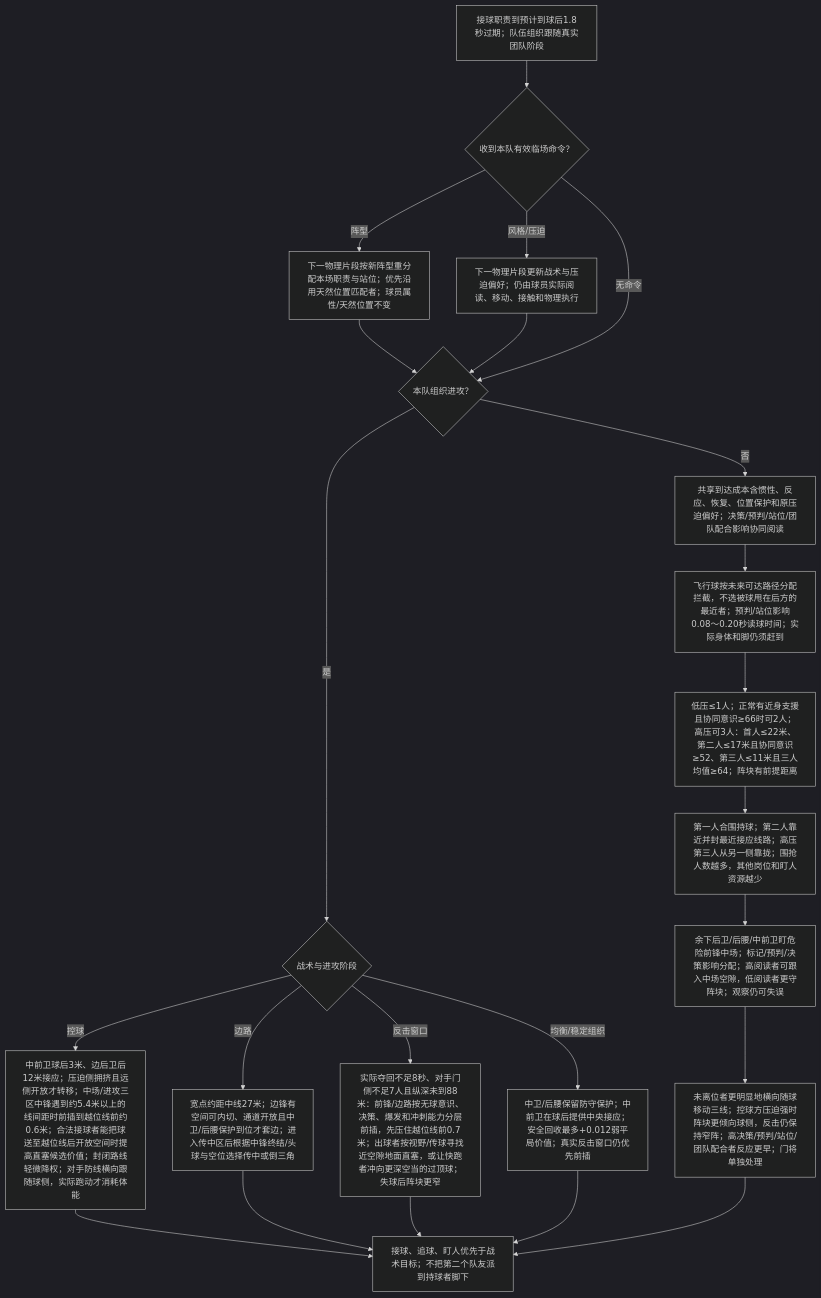
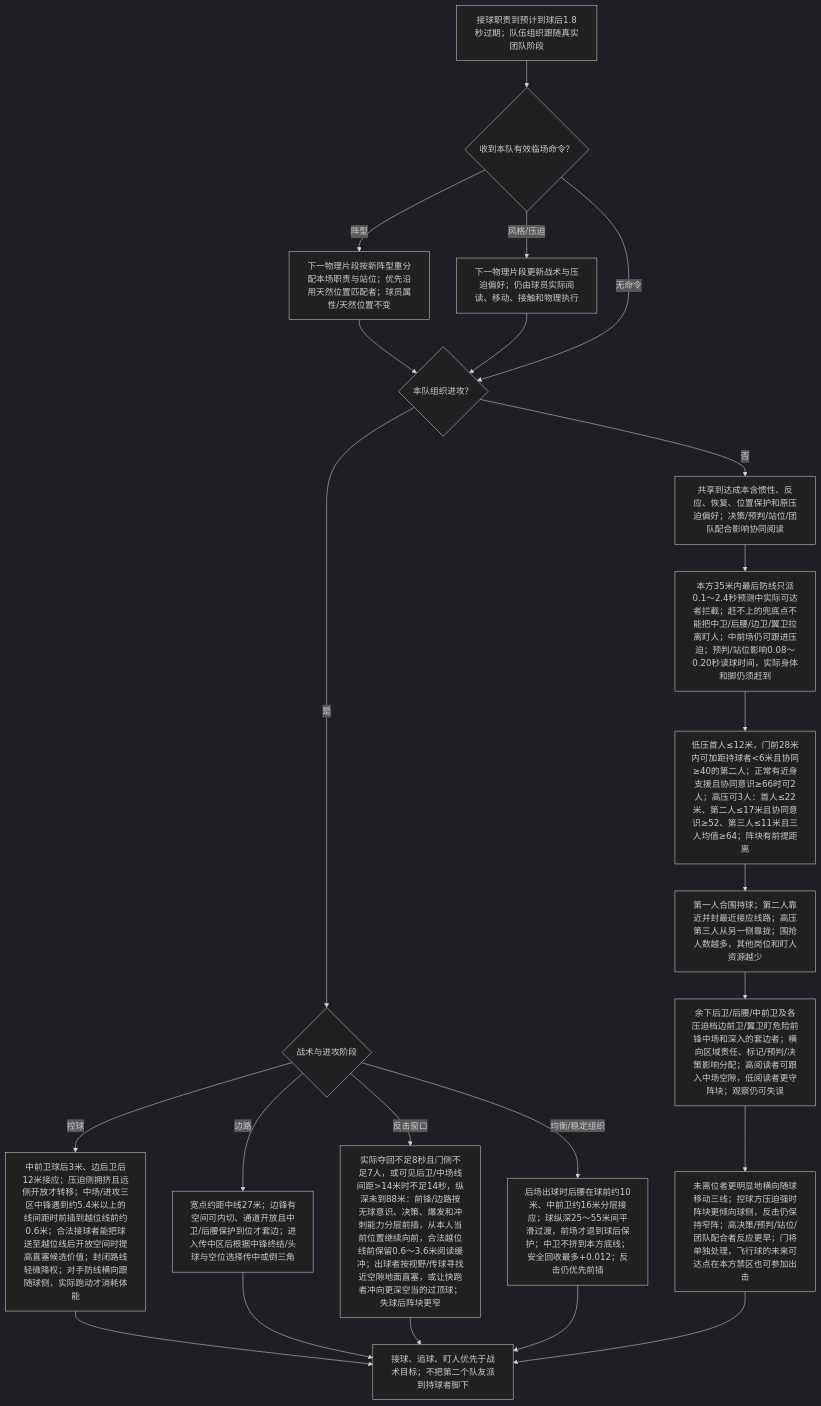
The second of 7 diagrams in packages/shared/modules/matches/design/PLAYER_DECISION_MAP.md (sixu3575/touchline-manager), drawn with Mermaid (dark theme) before and after one commit. The commit also changed other lines of this file and 59 other files, not shown here.

````diff
--- a/packages/shared/modules/matches/design/PLAYER_DECISION_MAP.md
+++ b/packages/shared/modules/matches/design/PLAYER_DECISION_MAP.md
@@ -49,25 +49,25 @@
 ```mermaid
 flowchart TD
   R0["接球职责到预计到球后1.8秒过期；队伍组织跟随真实团队阶段"] --> RMC{"收到本队有效临场命令？"}
   RMC -->|阵型| RMF["下一物理片段按新阵型重分配本场职责与站位；优先沿用天然位置匹配者；球员属性/天然位置不变"]
   RMF --> R1
   RMC -->|风格/压迫| RMT["下一物理片段更新战术与压迫偏好；仍由球员实际阅读、移动、接触和物理执行"]
   RMT --> R1
   RMC -->|无命令| R1{"本队组织进攻？"}
   R1 -->|否| R2["共享到达成本含惯性、反应、恢复、位置保护和原压迫偏好；决策/预判/站位/团队配合影响协同阅读"]
-  R2 --> RF["飞行球按未来可达路径分配拦截，不选被球甩在后方的最近者；预判/站位影响0.08～0.20秒读球时间；实际身体和脚仍须赶到"]
-  RF --> R3["低压≤1人；正常有近身支援且协同意识≥66时可2人；高压可3人：首人≤22米、第二人≤17米且协同意识≥52、第三人≤11米且三人均值≥64；阵块有前提距离"]
+  R2 --> RF["本方35米内最后防线只派0.1～2.4秒预测中实际可达者拦截；赶不上的兜底点不能把中卫/后腰/边卫/翼卫拉离盯人；中前场仍可跟进压迫；预判/站位影响0.08～0.20秒读球时间，实际身体和脚仍须赶到"]
+  RF --> R3["低压首人≤12米，门前28米内可加距持球者<6米且协同≥40的第二人；正常有近身支援且协同意识≥66时可2人；高压可3人：首人≤22米、第二人≤17米且协同意识≥52、第三人≤11米且三人均值≥64；阵块有前提距离"]
   R3 --> RX["第一人合围持球；第二人靠近并封最近接应线路；高压第三人从另一侧靠拢；围抢人数越多，其他岗位和盯人资源越少"]
-  RX --> R4["余下后卫/后腰/中前卫盯危险前锋中场；标记/预判/决策影响分配；高阅读者可跟入中场空隙，低阅读者更守阵块；观察仍可失误"]
-  R4 --> R5["未离位者更明显地横向随球移动三线；控球方压迫强时阵块更倾向球侧，反击仍保持窄阵；高决策/预判/站位/团队配合者反应更早；门将单独处理"]
+  RX --> R4["余下后卫/后腰/中前卫及各压迫档边前卫/翼卫盯危险前锋中场和深入的套边者；横向区域责任、标记/预判/决策影响分配；高阅读者可跟入中场空隙，低阅读者更守阵块；观察仍可失误"]
+  R4 --> R5["未离位者更明显地横向随球移动三线；控球方压迫强时阵块更倾向球侧，反击仍保持窄阵；高决策/预判/站位/团队配合者反应更早；门将单独处理，飞行球的未来可达点在本方禁区也可参加出击"]
   R1 -->|是| R6{"战术与进攻阶段"}
   R6 -->|控球| RP["中前卫球后3米、边后卫后12米接应；压迫侧拥挤且远侧开放才转移；中场/进攻三区中锋遇到约5.4米以上的线间距时前插到越位线前约0.6米；合法接球者能把球送至越位线后开放空间时提高直塞候选价值；封闭路线轻微降权；对手防线横向跟随球侧，实际跑动才消耗体能"]
   R6 -->|边路| RW["宽点约距中线27米；边锋有空间可内切、通道开放且中卫/后腰保护到位才套边；进入传中区后根据中锋终结/头球与空位选择传中或倒三角"]
-  R6 -->|反击窗口| RC["实际夺回不足8秒、对手门侧不足7人且纵深未到88米：前锋/边路按无球意识、决策、爆发和冲刺能力分层前插，先压住越位线前0.7米；出球者按视野/传球寻找近空隙地面直塞，或让快跑者冲向更深空当的过顶球；失球后阵块更窄"]
-  R6 -->|均衡/稳定组织| RB["中卫/后腰保留防守保护；中前卫在球后提供中央接应；安全回收最多+0.012弱平局价值；真实反击窗口仍优先前插"]
+  R6 -->|反击窗口| RC["实际夺回不足8秒且门侧不足7人，或可见后卫/中场线间距>14米时不足14秒，纵深未到88米：前锋/边路按无球意识、决策、爆发和冲刺能力分层前插，从本人当前位置继续向前，合法越位线前保留0.6～3.6米阅读缓冲；出球者按视野/传球寻找近空隙地面直塞，或让快跑者冲向更深空当的过顶球；失球后阵块更窄"]
+  R6 -->|均衡/稳定组织| RB["后场出球时后腰在球前约10米、中前卫约16米分层接应；球纵深25～55米间平滑过渡，前场才退到球后保护；中卫不挤到本方底线；安全回收最多+0.012；反击仍优先前插"]
   RP --> R7["接球、追球、盯人优先于战术目标；不把第二个队友派到持球者脚下"]
   RW --> R7
   RC --> R7
   RB --> R7
   R5 --> R7
 ```
````
